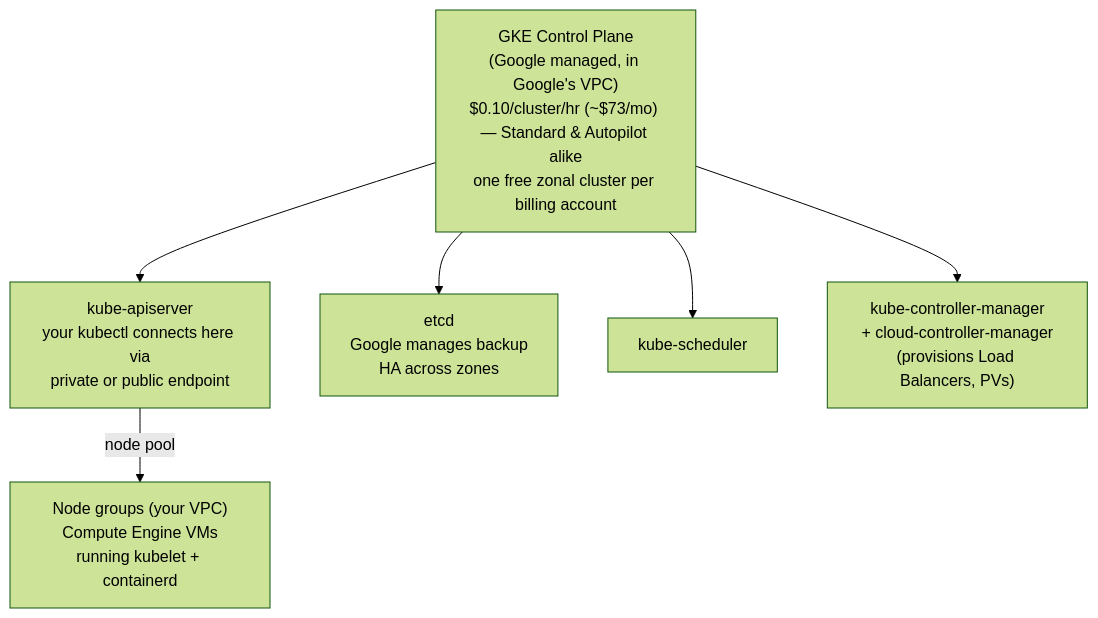
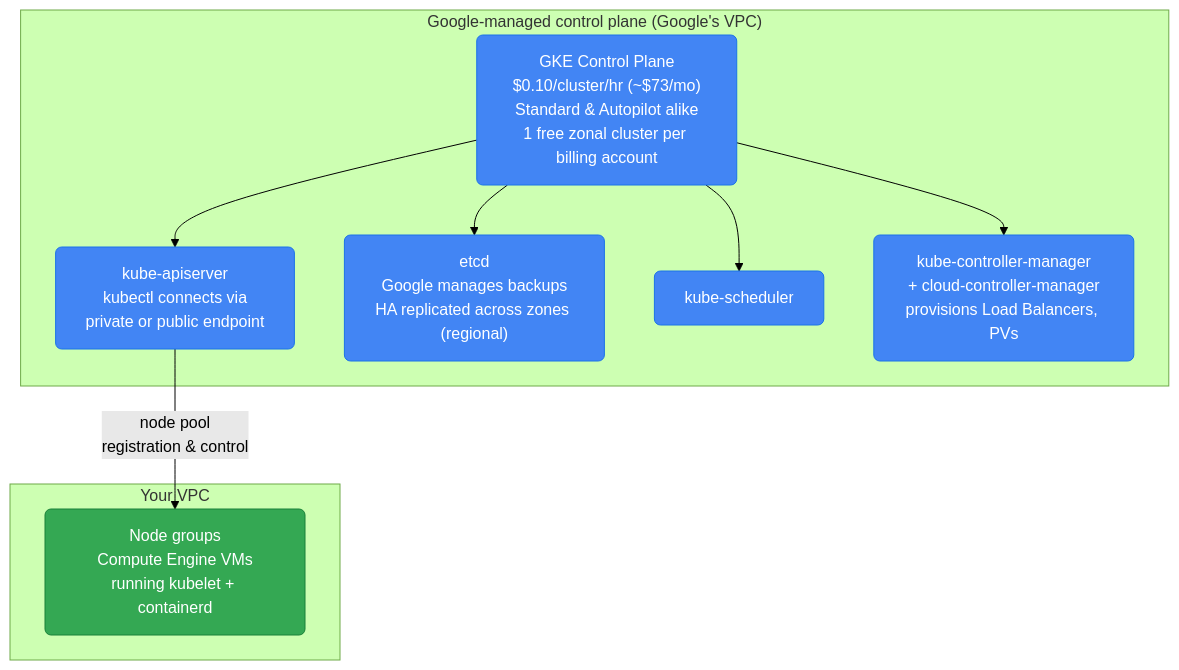
Before and after one commit to deepanshu-rawat6/DevOpsIndex: the second of 7 diagrams in gcp/gke.md, drawn with Mermaid (forest theme). The commit also changed other lines of this file and 14 other files, not shown here.

````diff
--- a/gcp/gke.md
+++ b/gcp/gke.md
@@ -37,9 +68,24 @@
 ```mermaid
 graph TD
-    CP["GKE Control Plane<br>(Google managed, in Google's VPC)<br>$0.10/cluster/hr (~$73/mo) — Standard & Autopilot alike<br>one free zonal cluster per billing account"] --> APISERVER["kube-apiserver<br>your kubectl connects here via<br>private or public endpoint"]
-    CP --> ETCD["etcd<br>Google manages backup<br>HA across zones"]
-    CP --> SCHED["kube-scheduler"]
-    CP --> CM["kube-controller-manager<br>+ cloud-controller-manager<br>(provisions Load Balancers, PVs)"]
+    classDef mgmt fill:#4285F4,stroke:#1a73e8,color:#fff,rx:6
+    classDef customer fill:#34A853,stroke:#188038,color:#fff,rx:6
 
-    APISERVER -->|"node pool"| NG["Node groups (your VPC)<br>Compute Engine VMs<br>running kubelet + containerd"]
+    subgraph GMANAGED["Google-managed control plane (Google's VPC)"]
+        CP["GKE Control Plane<br/>$0.10/cluster/hr (~$73/mo)<br/>Standard & Autopilot alike<br/>1 free zonal cluster per billing account"]:::mgmt
+        APISERVER["kube-apiserver<br/>kubectl connects via<br/>private or public endpoint"]:::mgmt
+        ETCD["etcd<br/>Google manages backups<br/>HA replicated across zones (regional)"]:::mgmt
+        SCHED["kube-scheduler"]:::mgmt
+        CM["kube-controller-manager<br/>+ cloud-controller-manager<br/>provisions Load Balancers, PVs"]:::mgmt
+
+        CP --> APISERVER
+        CP --> ETCD
+        CP --> SCHED
+        CP --> CM
+    end
+
+    subgraph CUSTVPC["Your VPC"]
+        NG["Node groups<br/>Compute Engine VMs<br/>running kubelet + containerd"]:::customer
+    end
+
+    APISERVER -->|"node pool<br/>registration & control"| NG
 ```
````
